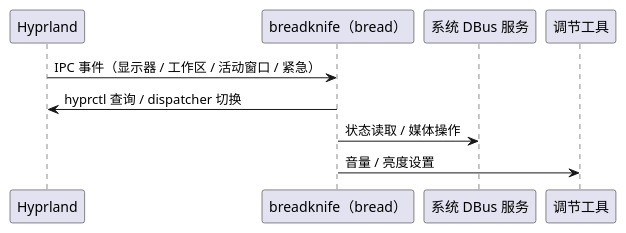
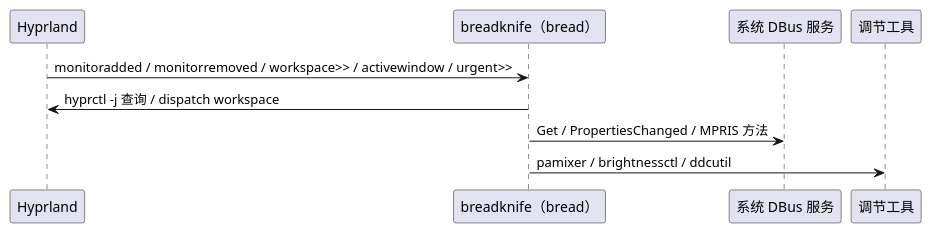
Before and after one commit to 54m43lJ/BreadKnife: the diagram in diagram/breadknife-provider.puml, drawn with PlantUML. The commit also changed 9 other files, not shown here.

```diff
--- a/diagram/breadknife-provider.puml
+++ b/diagram/breadknife-provider.puml
@@ -1,11 +1,11 @@
 @startuml breadknife-provider
 participant "Hyprland" as hypr
 participant "breadknife（bread）" as bread
 participant "系统 DBus 服务" as svc
 participant "调节工具" as tools
 
-hypr -> bread: IPC 事件（显示器 / 工作区 / 活动窗口 / 紧急）
-bread -> hypr: hyprctl 查询 / dispatcher 切换
-bread -> svc: 状态读取 / 媒体操作
-bread -> tools: 音量 / 亮度设置
+hypr -> bread: monitoradded / monitorremoved / workspace>> / activewindow / urgent>>
+bread -> hypr: hyprctl -j 查询 / dispatch workspace
+bread -> svc: Get / PropertiesChanged / MPRIS 方法
+bread -> tools: pamixer / brightnessctl / ddcutil
 @enduml
```
